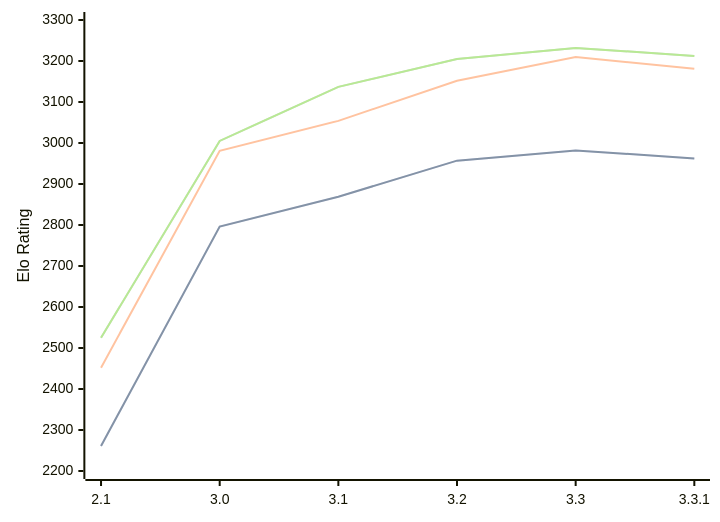
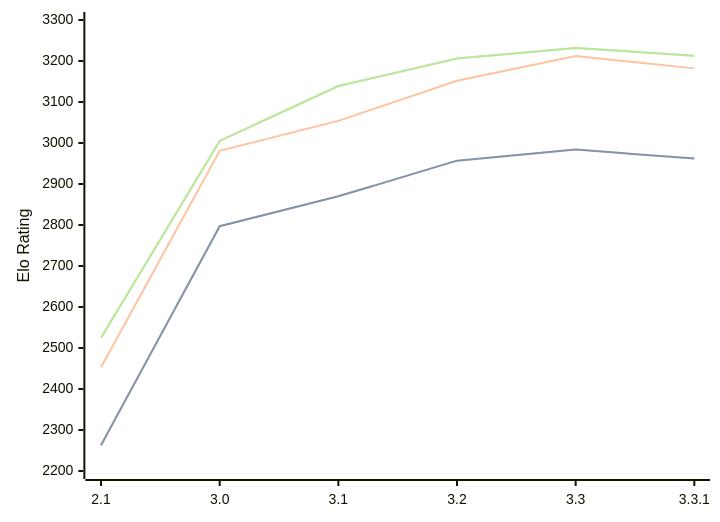
Before and after one commit to computer-chess-index/cci: the diagram in engines/Petrel.md, drawn with Mermaid. The commit also changed other lines of this file, not shown here.

Commit message:
Update CCI Ratings (ELO VLTC) - 2026-04-22

````diff
--- a/engines/Petrel.md
+++ b/engines/Petrel.md
@@ -45,11 +45,11 @@
 ```mermaid
 %%{init: {"theme":"base","themeVariables":{"seriesColors:['#a3a3a3','#222221','#faa371']}}}%%
 xychart-beta
   x-axis ["2.1", "3.0", "3.1", "3.2", "3.3", "3.3.1"]
   y-axis "Elo Rating" 2200 --> 3300
-  line "STC (8.0+0.08s)" [2261, 2796, 2869, 2957, 2982, 2962]
-  line "STC (8.0+0.08s)" [2261, 2796, 2869, 2957, 2982, 2962]
-  line "LTC (60.0+0.60s)" [2452, 2981, 3054, 3152, 3210, 3181]
-  line "VLTC (2m24s+1.12s)" [2525, 3005, 3137, 3205, 3232, 3212]
-  line "VLTC (2m24s+1.12s)" [2525, 3005, 3137, 3205, 3232, 3212]
+  line "STC (8.0+0.08s)" [2263, 2797, 2870, 2957, 2984, 2962]
+  line "STC (8.0+0.08s)" [2263, 2797, 2870, 2957, 2984, 2962]
+  line "LTC (60.0+0.60s)" [2453, 2981, 3054, 3152, 3212, 3182]
+  line "VLTC (2m24s+1.12s)" [2525, 3005, 3139, 3206, 3232, 3213]
+  line "VLTC (2m24s+1.12s)" [2525, 3005, 3139, 3206, 3232, 3213]
 ```
````
